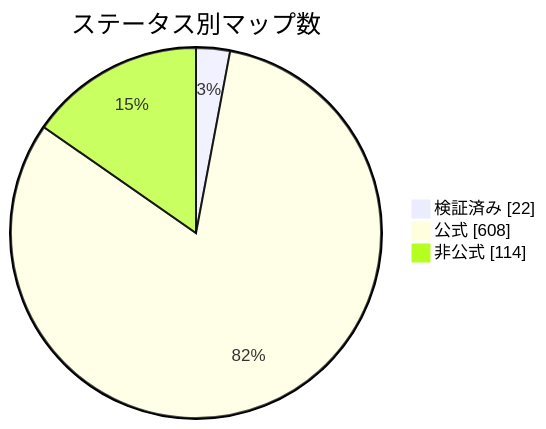
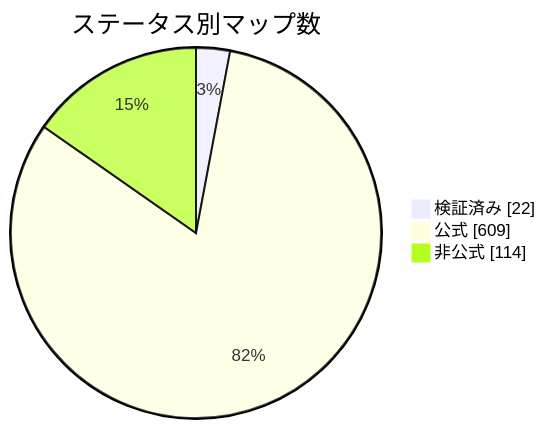
One commit to nobrega8/mbmap-library changed the diagram in docs/readme/README_JP.md. Above: the diagram before and after it, drawn with Mermaid. The commit also changed 6 other files, not shown here.

````diff
--- a/docs/readme/README_JP.md
+++ b/docs/readme/README_JP.md
@@ -54,7 +54,7 @@
 ```mermaid
 pie showData
     title ステータス別マップ数
     "検証済み" : 22
-    "公式" : 608
+    "公式" : 609
     "非公式" : 114
 ```
````
